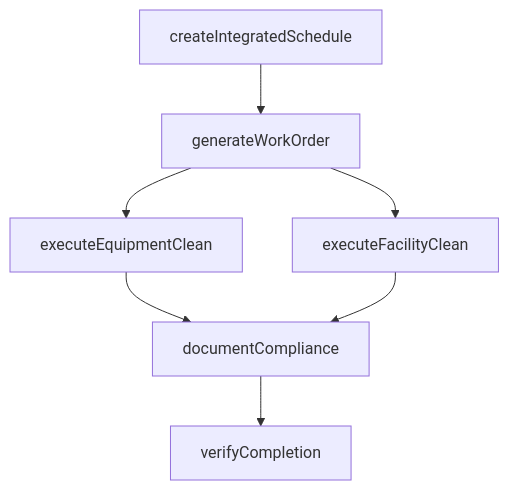
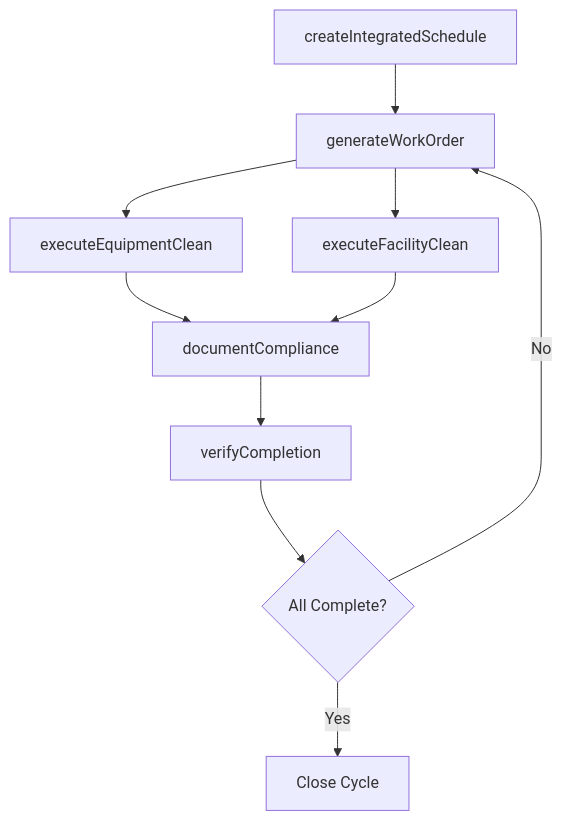
The third of 4 diagrams in PerformingGeneralPhysicalActivities/CleanToolsEquipmentFacilitiesOrWorkAreas/CleanEquipmentFacilities.mdx (dot-org-ai/tasks.org.ai), drawn with Mermaid before and after one commit. The commit also changed other lines of this file and 307 other files, not shown here.

First line of the commit message:
feat: Add ER diagrams and state diagrams to remaining 308 DWA task files (wave 3 complete)

````diff
--- a/PerformingGeneralPhysicalActivities/CleanToolsEquipmentFacilitiesOrWorkAreas/CleanEquipmentFacilities.mdx
+++ b/PerformingGeneralPhysicalActivities/CleanToolsEquipmentFacilitiesOrWorkAreas/CleanEquipmentFacilities.mdx
@@ -84,9 +112,12 @@
 ```mermaid
 graph TD
     A[createIntegratedSchedule] --> B[generateWorkOrder]
     B --> C[executeEquipmentClean]
     B --> D[executeFacilityClean]
     C --> E[documentCompliance]
     D --> E
     E --> F[verifyCompletion]
+    F --> G{All Complete?}
+    G -->|Yes| H[Close Cycle]
+    G -->|No| B
 ```
````
